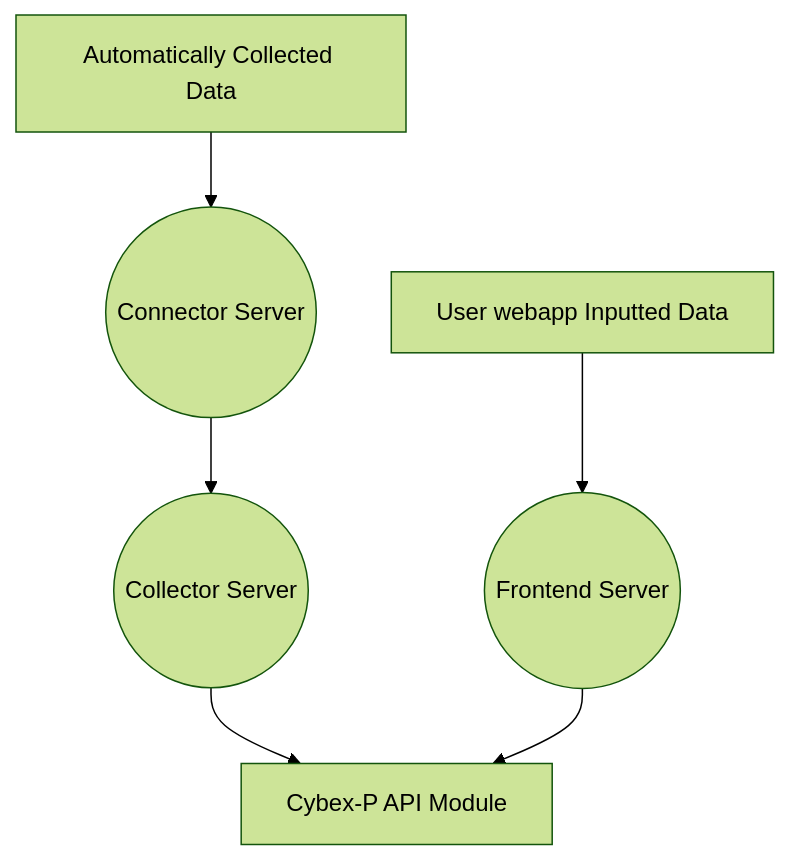
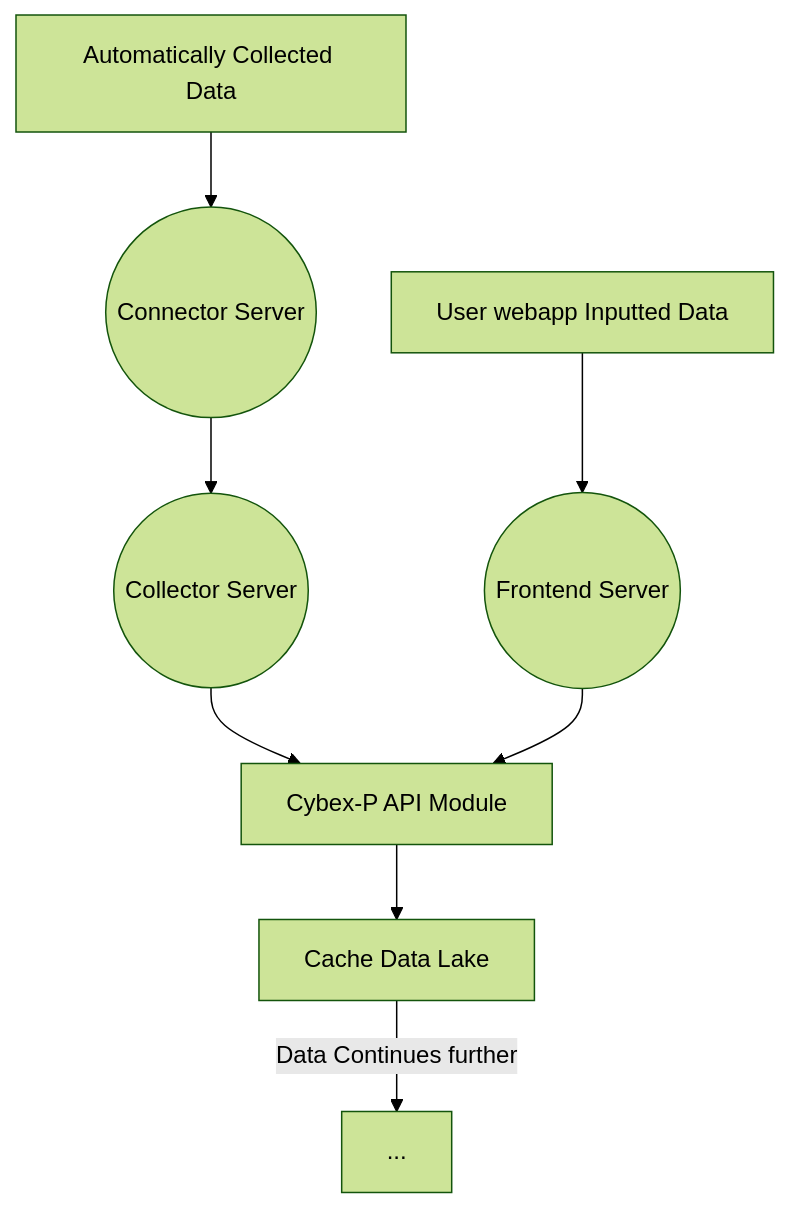
Before and after one commit to CYBEX-P/cybex: the first of 2 diagrams in Markdown and openAPI/Cybex-P Input Module.md, drawn with Mermaid (forest theme). The commit also changed other lines of this file and 7 other files, not shown here.

Commit message:
All module documents updated ver 1.0.1, swagger docs updated with schema content, installation guide needs to be finished

````diff
--- a/Markdown and openAPI/Cybex-P Input Module.md
+++ b/Markdown and openAPI/Cybex-P Input Module.md
@@ -13,7 +13,12 @@
 ```mermaid
 graph TD
 A[Automatically Collected Data] --> E((Connector Server)) --> F((Collector Server)) --> D 
 B[User webapp Inputted Data] --> G((Frontend Server))
 G --> D[Cybex-P API Module]
+H[Cache Data Lake]
+
+D --> H
+I[...]
+H --Data Continues further--> I
 
 ```
````
